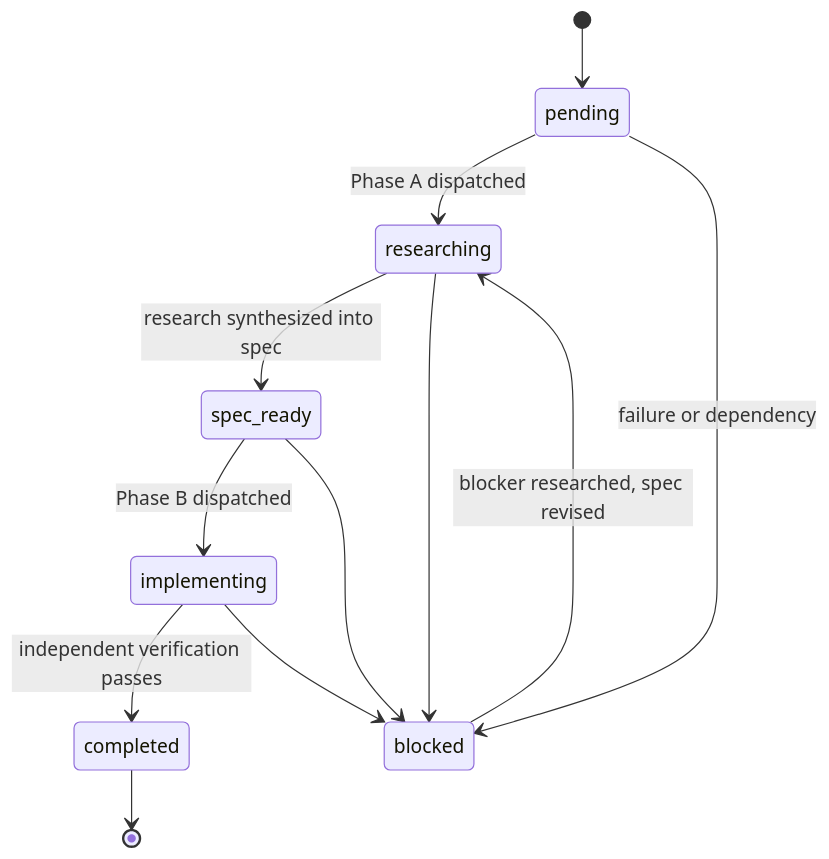
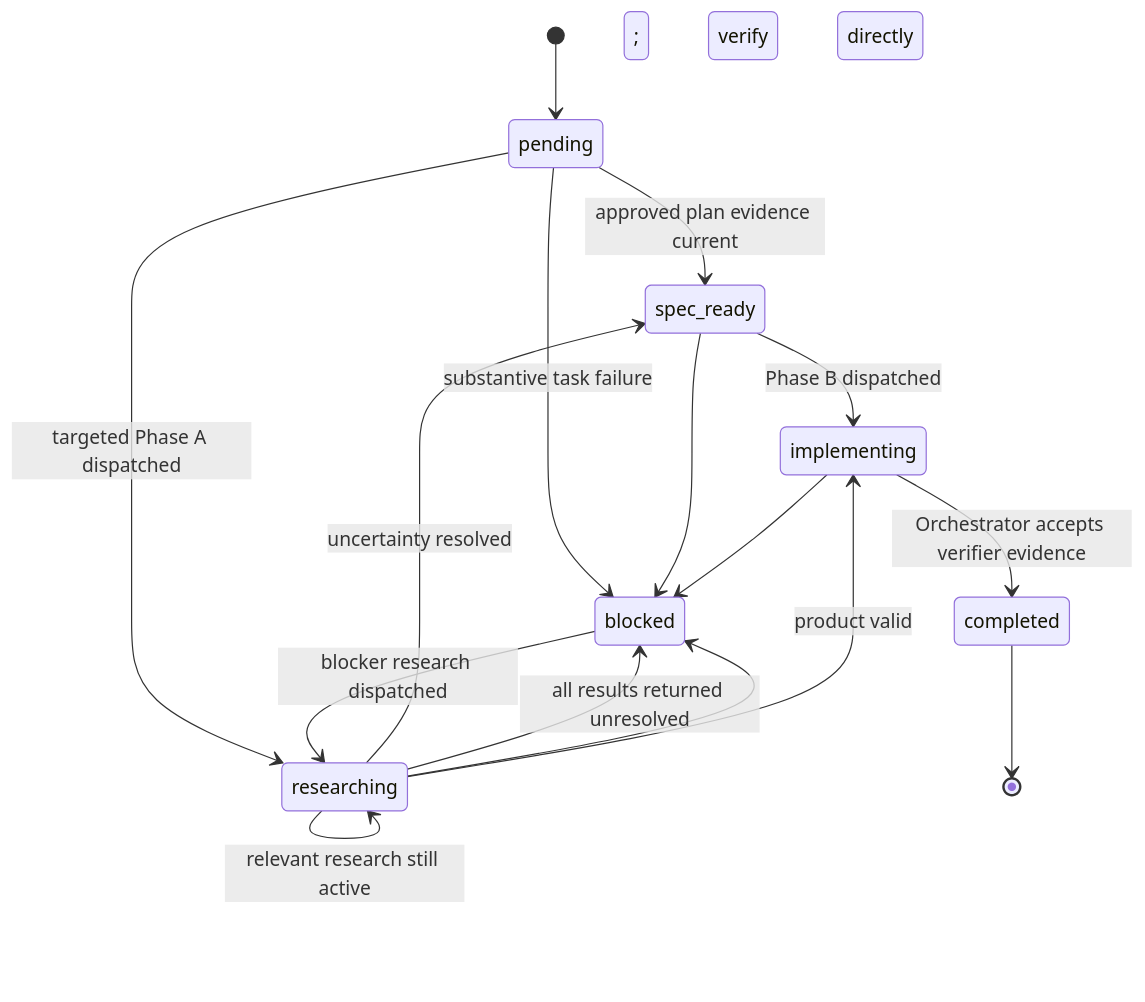
Before and after one commit to r-siddiq/harness-echelon: the second of 2 diagrams in README.md, drawn with Mermaid. The commit also changed other lines of this file and 5 other files, not shown here.

First line of the commit message:
refactor: streamline orchestration and active task lifecycle

````diff
--- a/README.md
+++ b/README.md
@@ -108,14 +109,18 @@
 ```mermaid
 stateDiagram-v2
     [*] --> pending
-    pending --> researching : Phase A dispatched
-    researching --> spec_ready : research synthesized into spec
+    pending --> spec_ready : approved plan evidence current
+    pending --> researching : targeted Phase A dispatched
+    researching --> researching : relevant research still active
+    researching --> spec_ready : uncertainty resolved
+    researching --> blocked : all results returned unresolved
     spec_ready --> implementing : Phase B dispatched
-    implementing --> completed : independent verification passes
+    implementing --> completed : Orchestrator accepts verifier evidence
     completed --> [*]
-    pending --> blocked : failure or dependency
+    pending --> blocked : substantive task failure
     researching --> blocked
     spec_ready --> blocked
     implementing --> blocked
-    blocked --> researching : blocker researched, spec revised
+    blocked --> researching : blocker research dispatched
+    researching --> implementing : product valid; verify directly
 ```
````
